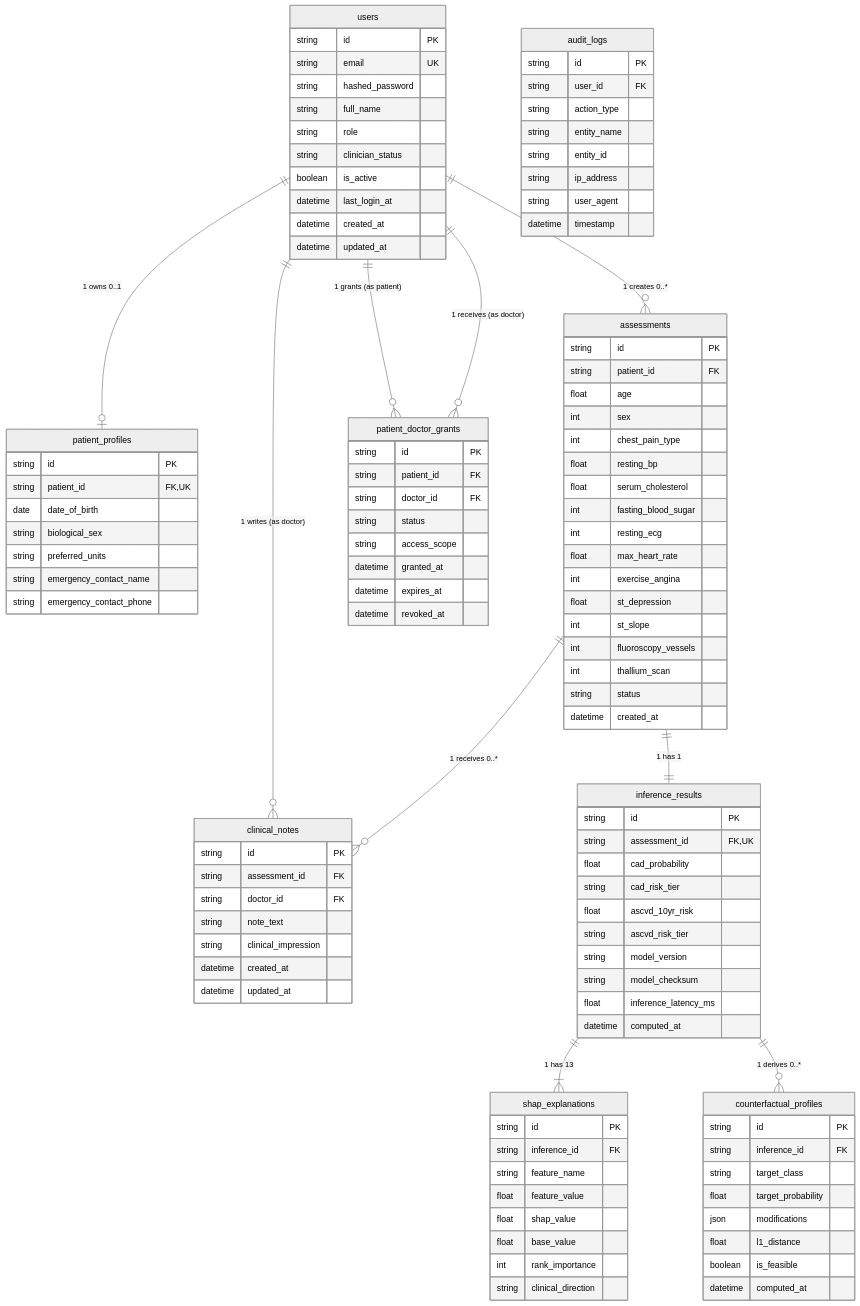
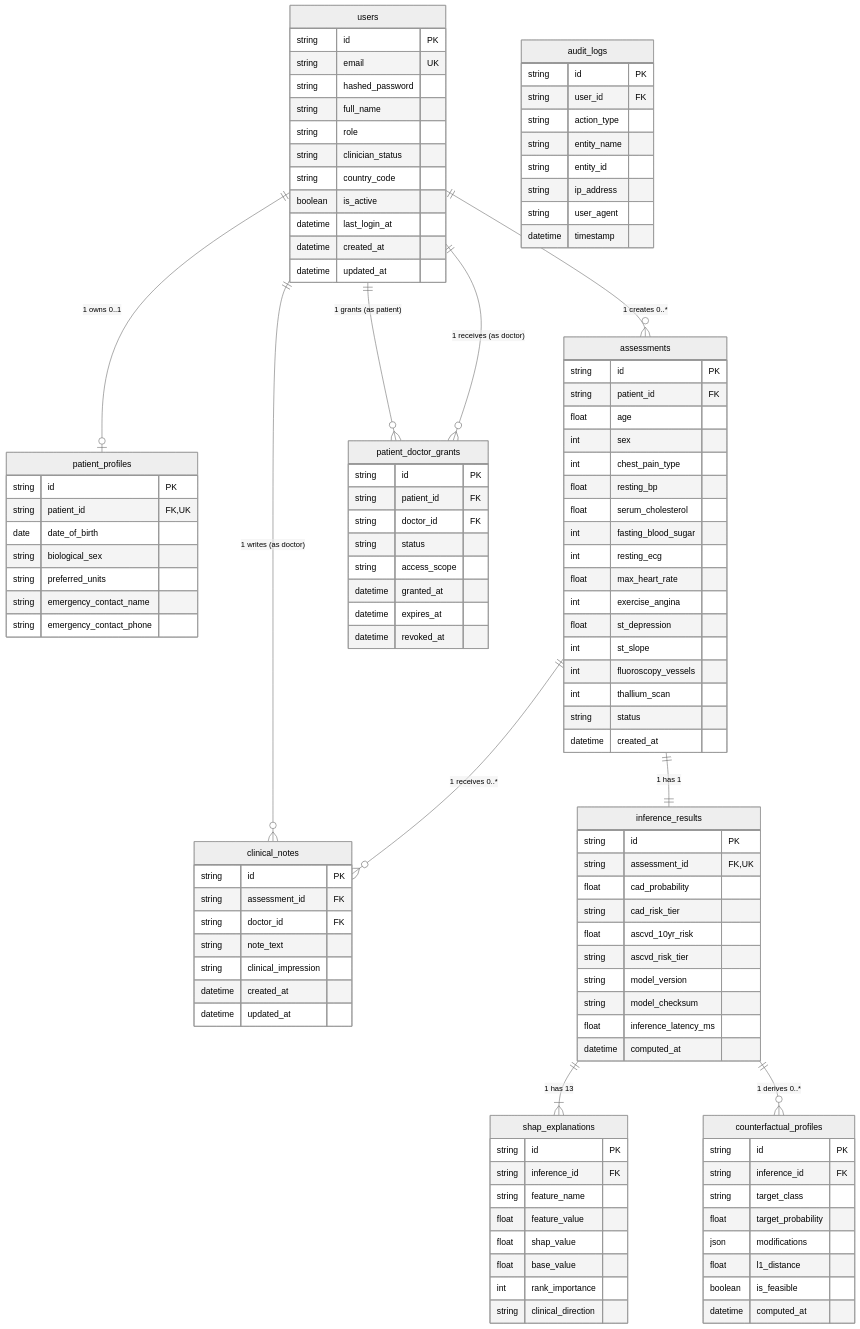
One commit to sandeep-kumar-270904/Heart-Disease-Risk-Prediction changed the diagram in docs/DATABASE_ARCHITECTURE.md. Above: the diagram before and after it, drawn with Mermaid (neutral theme). The commit also changed 15 other files, not shown here.

Commit message:
docs(phase-3): ratify global country-configurable architecture across 8 modules, adapters, and traceability

```diff
--- a/docs/DATABASE_ARCHITECTURE.md
+++ b/docs/DATABASE_ARCHITECTURE.md
@@ -44,6 +44,7 @@
         string full_name
         string role
         string clinician_status
+        string country_code
         boolean is_active
         datetime last_login_at
         datetime created_at
```
